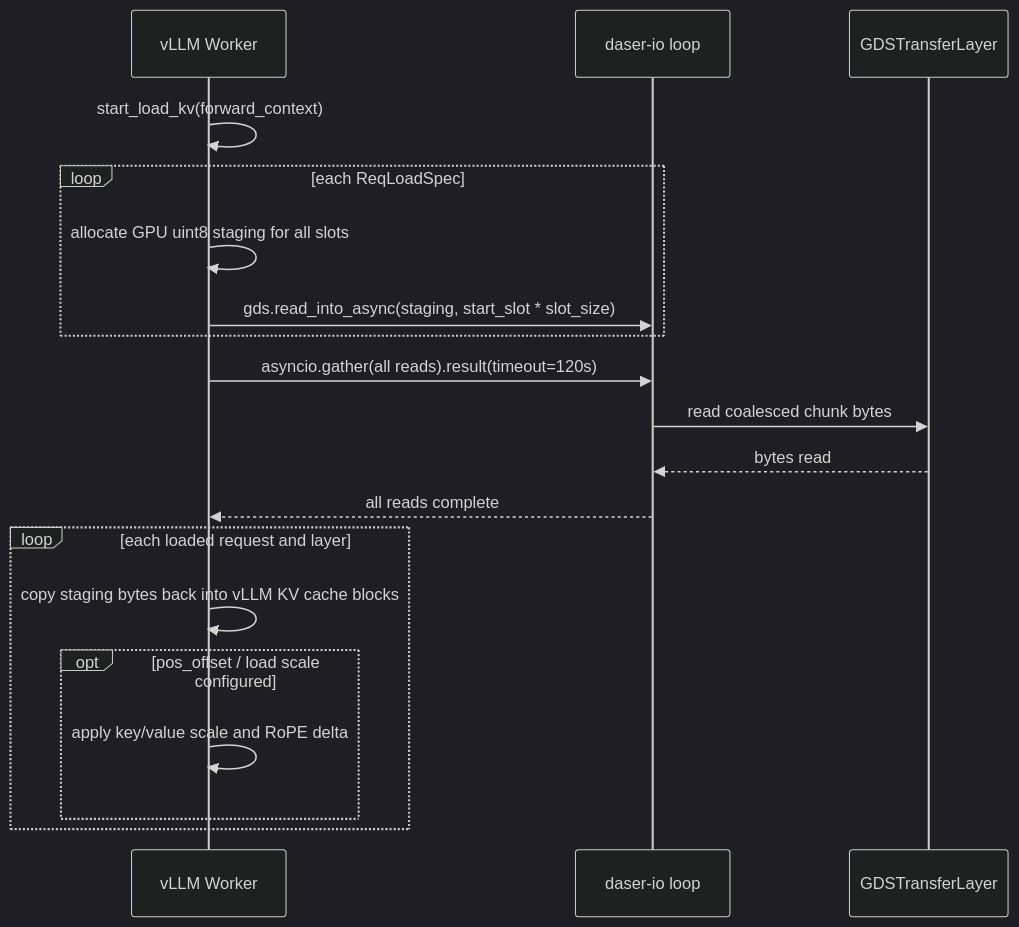
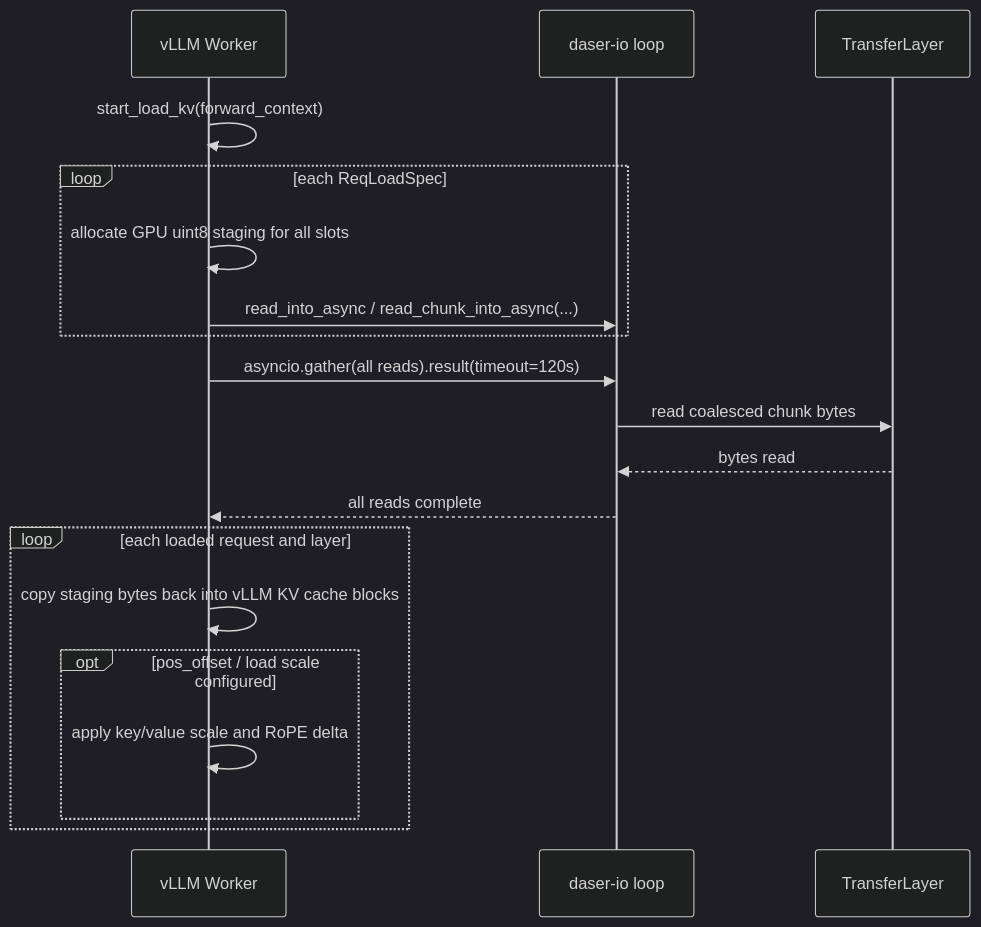
Before and after one commit to GentleCold/DaseR: the seventh of 8 diagrams in docs/design/flows.md, drawn with Mermaid (dark theme). The commit also changed other lines of this file and 7 other files, not shown here.

````diff
--- a/docs/design/flows.md
+++ b/docs/design/flows.md
@@ -174,22 +178,22 @@
 ```mermaid
 sequenceDiagram
     participant W as vLLM Worker
     participant BG as daser-io loop
-    participant GDS as GDSTransferLayer
+    participant T as TransferLayer
 
     W->>W: start_load_kv(forward_context)
     loop each ReqLoadSpec
         W->>W: allocate GPU uint8 staging for all slots
-        W->>BG: gds.read_into_async(staging, start_slot * slot_size)
+        W->>BG: read_into_async / read_chunk_into_async(...)
     end
     W->>BG: asyncio.gather(all reads).result(timeout=120s)
-    BG->>GDS: read coalesced chunk bytes
-    GDS-->>BG: bytes read
+    BG->>T: read coalesced chunk bytes
+    T-->>BG: bytes read
     BG-->>W: all reads complete
     loop each loaded request and layer
         W->>W: copy staging bytes back into vLLM KV cache blocks
         opt pos_offset / load scale configured
             W->>W: apply key/value scale and RoPE delta
         end
     end
 ```
````
